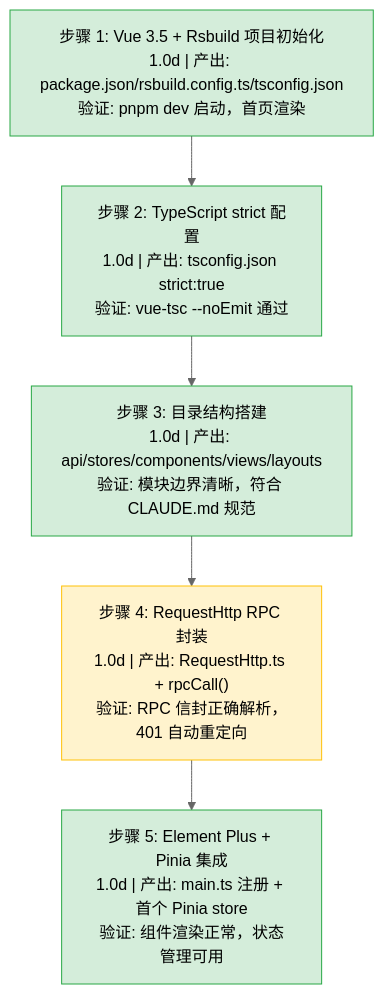
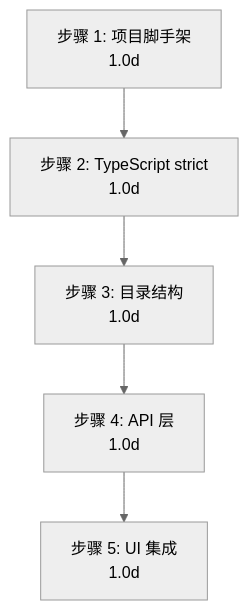
Before and after one commit to effiy/YrY: the third of 3 diagrams in YiKnowledge/projects/yivad/devs/2026-07/01-prd-task-项目初始化与构建系统.md, drawn with Mermaid (neutral theme). The commit also changed other lines of this file and 3562 other files, not shown here.

````diff
--- a/YiKnowledge/projects/yivad/devs/2026-07/01-prd-task-项目初始化与构建系统.md
+++ b/YiKnowledge/projects/yivad/devs/2026-07/01-prd-task-项目初始化与构建系统.md
@@ -27,16 +195,7 @@
 ```mermaid
 flowchart TD
-  S1["步骤 1: Vue 3.5 + Rsbuild 项目初始化<br/>1.0d | 产出: package.json/rsbuild.config.ts/tsconfig.json<br/>验证: pnpm dev 启动，首页渲染"]
-  S2["步骤 2: TypeScript strict 配置<br/>1.0d | 产出: tsconfig.json strict:true<br/>验证: vue-tsc --noEmit 通过"]
-  S3["步骤 3: 目录结构搭建<br/>1.0d | 产出: api/stores/components/views/layouts<br/>验证: 模块边界清晰，符合 CLAUDE.md 规范"]
-  S4["步骤 4: RequestHttp RPC 封装<br/>1.0d | 产出: RequestHttp.ts + rpcCall<T>()<br/>验证: RPC 信封正确解析，401 自动重定向"]
-  S5["步骤 5: Element Plus + Pinia 集成<br/>1.0d | 产出: main.ts 注册 + 首个 Pinia store<br/>验证: 组件渲染正常，状态管理可用"]
-
-  S1 --> S2 --> S3 --> S4 --> S5
-
-  style S1 fill:#d4edda,stroke:#28a745
-  style S2 fill:#d4edda,stroke:#28a745
-  style S3 fill:#d4edda,stroke:#28a745
-  style S4 fill:#fff3cd,stroke:#ffc107
-  style S5 fill:#d4edda,stroke:#28a745
+  S1["步骤 1: 项目脚手架<br/>1.0d"] --> S2["步骤 2: TypeScript strict<br/>1.0d"]
+  S2 --> S3["步骤 3: 目录结构<br/>1.0d"]
+  S3 --> S4["步骤 4: API 层<br/>1.0d"]
+  S4 --> S5["步骤 5: UI 集成<br/>1.0d"]
 ```
````
